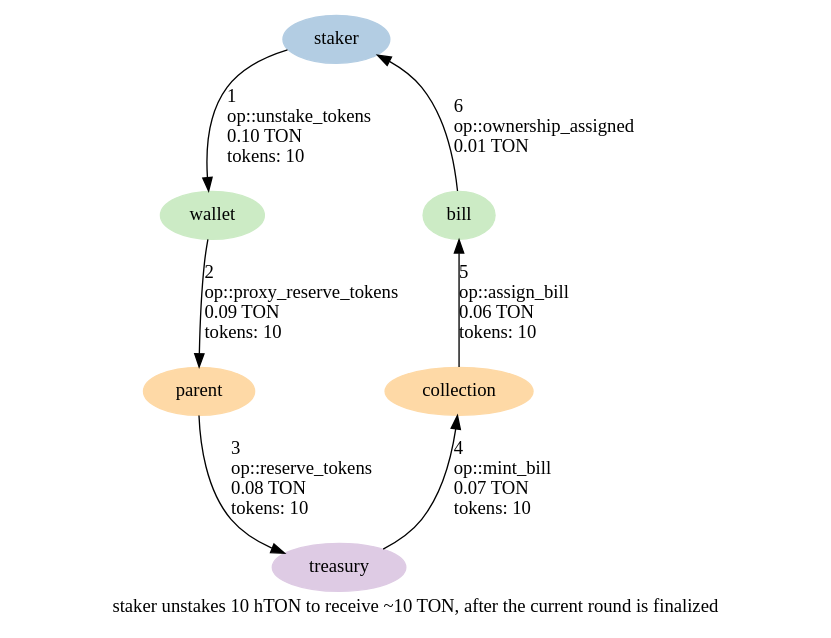
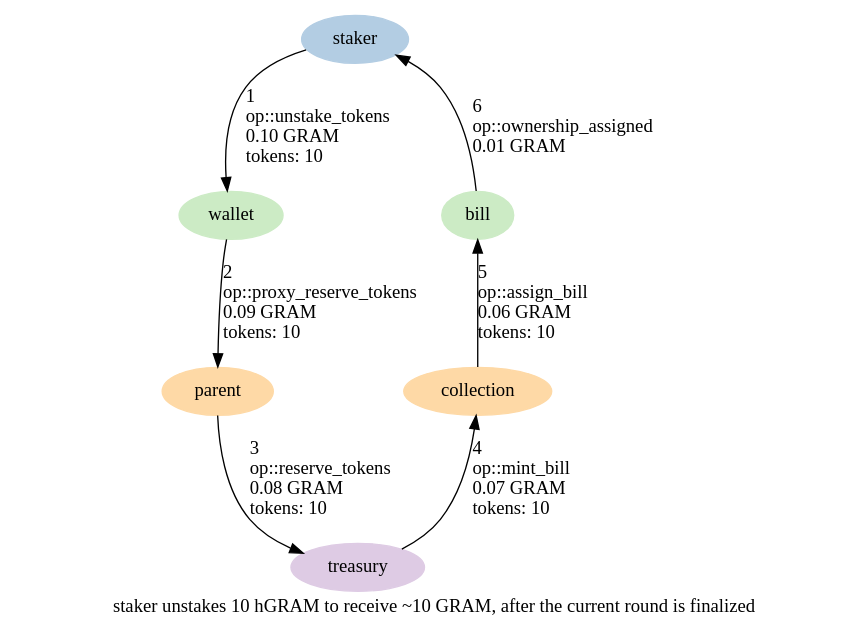
One commit to HipoFinance/contract changed the diagram in graphs/03.2-unstake-tokens-while-participating.dot. Above: the diagram before and after it, drawn with Graphviz. The commit also changed 97 other files, not shown here.

First line of the commit message:
Finish the TON to GRAM and hTON to hGRAM rebrand

```diff
--- a/graphs/03.2-unstake-tokens-while-participating.dot
+++ b/graphs/03.2-unstake-tokens-while-participating.dot
@@ -1,24 +1,24 @@
 digraph {
-    label="staker unstakes 10 hTON to receive ~10 TON, after the current round is finalized"
+    label="staker unstakes 10 hGRAM to receive ~10 GRAM, after the current round is finalized"
     node [ colorscheme=pastel19 style=filled ]
 
     /* Entities */
     staker [ color=2 ]
     wallet, bill [ color=3 ]
     treasury [ color=4 ]
     parent, collection [ color=5 ]
 
     /* Relationships */
-    staker -> wallet [ label="1\l op::unstake_tokens\l 0.10 TON\l tokens: 10\l" ]
-    wallet -> parent [ label="2\l op::proxy_reserve_tokens\l 0.09 TON\l tokens: 10\l" ]
-    parent -> treasury [ label="3\l op::reserve_tokens\l 0.08 TON\l tokens: 10\l" ]
-    treasury -> collection [ label="4\l op::mint_bill\l 0.07 TON\l tokens: 10\l" ]
-    collection -> bill [ label="5\l op::assign_bill\l 0.06 TON\l tokens: 10\l" ]
-    bill -> staker [ label="6\l op::ownership_assigned\l 0.01 TON\l" ]
+    staker -> wallet [ label="1\l op::unstake_tokens\l 0.10 GRAM\l tokens: 10\l" ]
+    wallet -> parent [ label="2\l op::proxy_reserve_tokens\l 0.09 GRAM\l tokens: 10\l" ]
+    parent -> treasury [ label="3\l op::reserve_tokens\l 0.08 GRAM\l tokens: 10\l" ]
+    treasury -> collection [ label="4\l op::mint_bill\l 0.07 GRAM\l tokens: 10\l" ]
+    collection -> bill [ label="5\l op::assign_bill\l 0.06 GRAM\l tokens: 10\l" ]
+    bill -> staker [ label="6\l op::ownership_assigned\l 0.01 GRAM\l" ]
 
     /* Ranks */
     { rank=min staker }
     { rank=same wallet bill}
     { rank=same parent collection}
     { rank=max treasury }
 }
```
